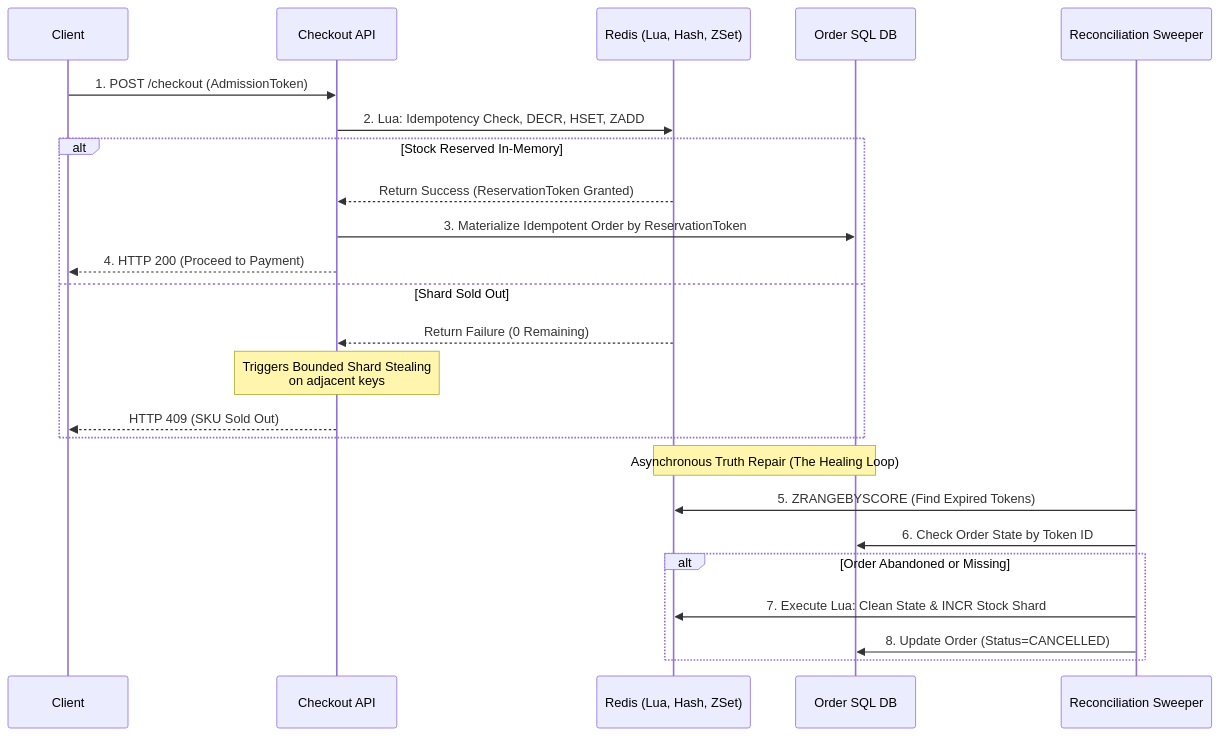
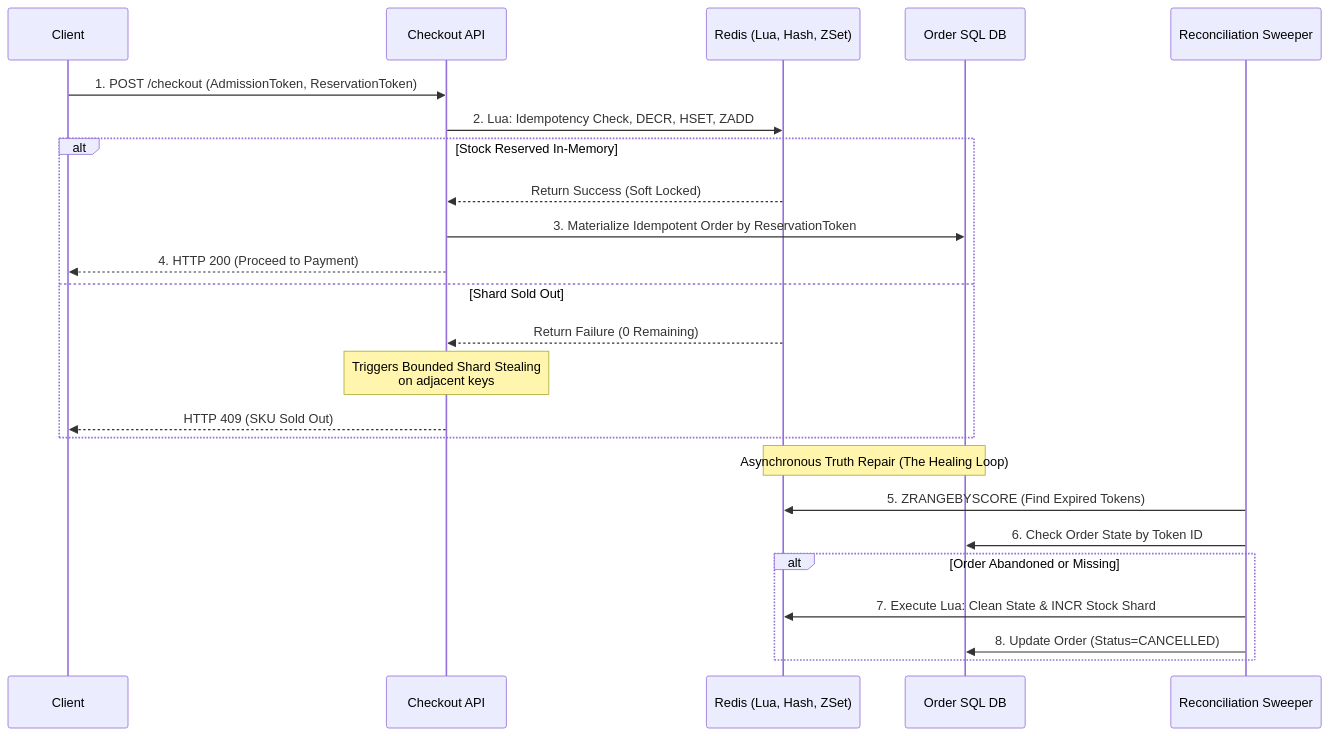
Before and after one commit to tuanhiep/tuanhiep.github.io: the diagram in content/posts/series_3/3.global_flash_sale_engine_inventory.md, drawn with Mermaid. The commit also changed other lines of this file, not shown here.

````diff
--- a/content/posts/series_3/3.global_flash_sale_engine_inventory.md
+++ b/content/posts/series_3/3.global_flash_sale_engine_inventory.md
@@ -175,30 +179,30 @@
 ```mermaid
 sequenceDiagram
     participant C as Client
     participant API as Checkout API
     participant R as Redis (Lua, Hash, ZSet)
     participant DB as Order SQL DB
     participant W as Reconciliation Sweeper
 
-    C->>API: 1. POST /checkout (AdmissionToken)
+    C->>API: 1. POST /checkout (AdmissionToken, ReservationToken)
     API->>R: 2. Lua: Idempotency Check, DECR, HSET, ZADD
     
     alt Stock Reserved In-Memory
-        R-->>API: Return Success (ReservationToken Granted)
+        R-->>API: Return Success (Soft Locked)
         API->>DB: 3. Materialize Idempotent Order by ReservationToken
         API-->>C: 4. HTTP 200 (Proceed to Payment)
     else Shard Sold Out
         R-->>API: Return Failure (0 Remaining)
         Note over API: Triggers Bounded Shard Stealing<br/>on adjacent keys
         API-->>C: HTTP 409 (SKU Sold Out)
     end
 
     Note over R,DB: Asynchronous Truth Repair (The Healing Loop)
     W->>R: 5. ZRANGEBYSCORE (Find Expired Tokens)
     W->>DB: 6. Check Order State by Token ID
     alt Order Abandoned or Missing
         W->>R: 7. Execute Lua: Clean State & INCR Stock Shard
         W->>DB: 8. Update Order (Status=CANCELLED)
     end
 
 ```
````
